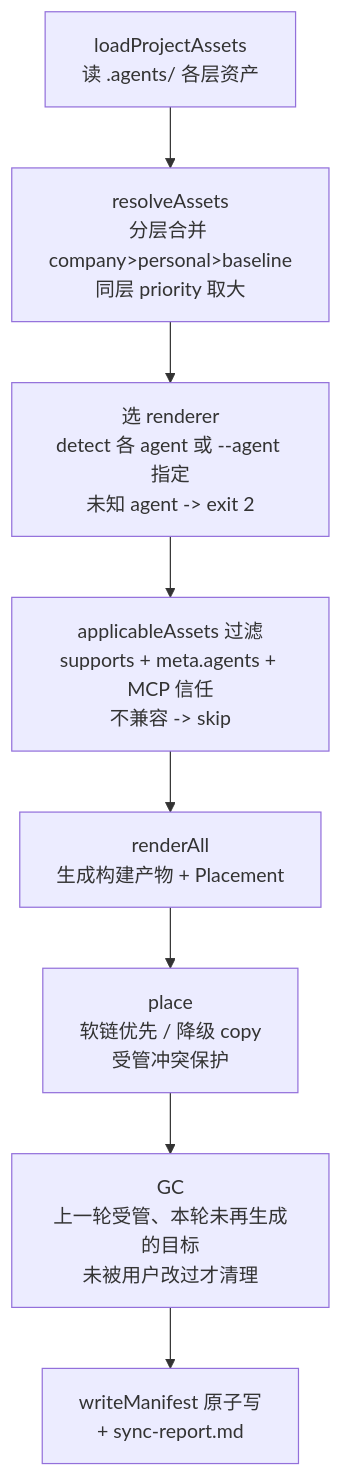
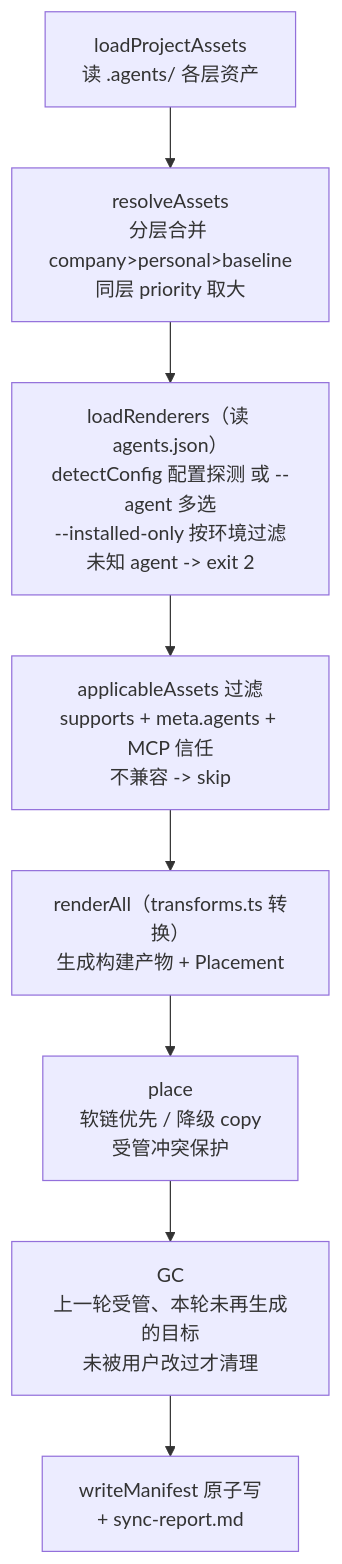
The third of 6 diagrams in docs/guides/ARCHITECTURE.md (ziangtin/zt-ai-doctor), drawn with Mermaid before and after one commit. The commit also changed other lines of this file and 2 other files, not shown here.

Commit message:
docs: 补 changelog v0.2.0 + 同步 ARCHITECTURE/COVERAGE_MATRIX
- 新增 docs/changelog/v0.2.0.md（未发布）：记录配置驱动 renderer、detect 命令、
  sync 多选、trae/lingma 新增、cline 目录格式修正等
- ARCHITECTURE 图3：renderer 选择框更新为 loadRenderers(agents.json) + detectConfig
  配置探测 + --agent 多选 + --installed-only；补两种探测说明
- COVERAGE_MATRIX：「renderer 需同步更新」改为「改 agents.json 即可」

````diff
--- a/docs/guides/ARCHITECTURE.md
+++ b/docs/guides/ARCHITECTURE.md
@@ -67,10 +67,10 @@
 ```mermaid
 flowchart TD
     S0["loadProjectAssets<br/>读 .agents/ 各层资产"] --> S1["resolveAssets<br/>分层合并 company&gt;personal&gt;baseline<br/>同层 priority 取大"]
-    S1 --> S2["选 renderer<br/>detect 各 agent 或 --agent 指定<br/>未知 agent -> exit 2"]
+    S1 --> S2["loadRenderers（读 agents.json）<br/>detectConfig 配置探测 或 --agent 多选<br/>--installed-only 按环境过滤<br/>未知 agent -> exit 2"]
     S2 --> S3["applicableAssets 过滤<br/>supports + meta.agents + MCP 信任<br/>不兼容 -> skip"]
-    S3 --> S4["renderAll<br/>生成构建产物 + Placement"]
+    S3 --> S4["renderAll（transforms.ts 转换）<br/>生成构建产物 + Placement"]
     S4 --> S5["place<br/>软链优先 / 降级 copy<br/>受管冲突保护"]
     S5 --> S6["GC<br/>上一轮受管、本轮未再生成的目标<br/>未被用户改过才清理"]
     S6 --> S7["writeManifest 原子写<br/>+ sync-report.md"]
 ```
````
